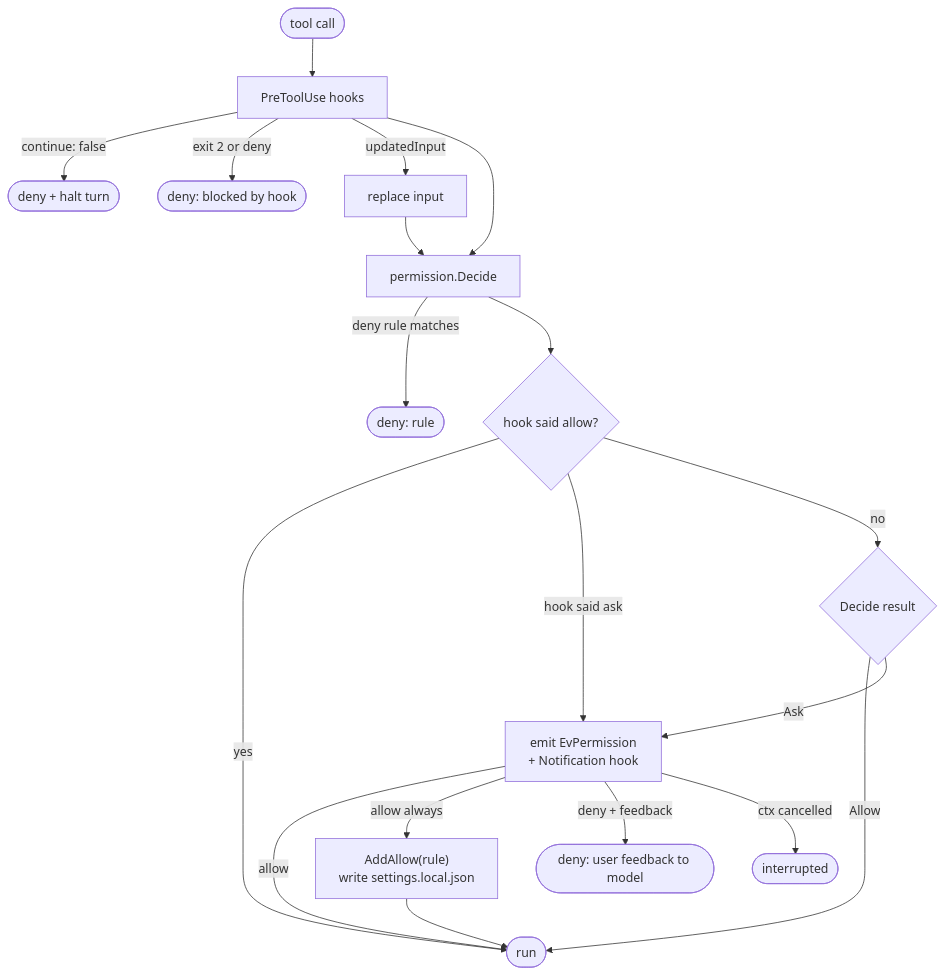
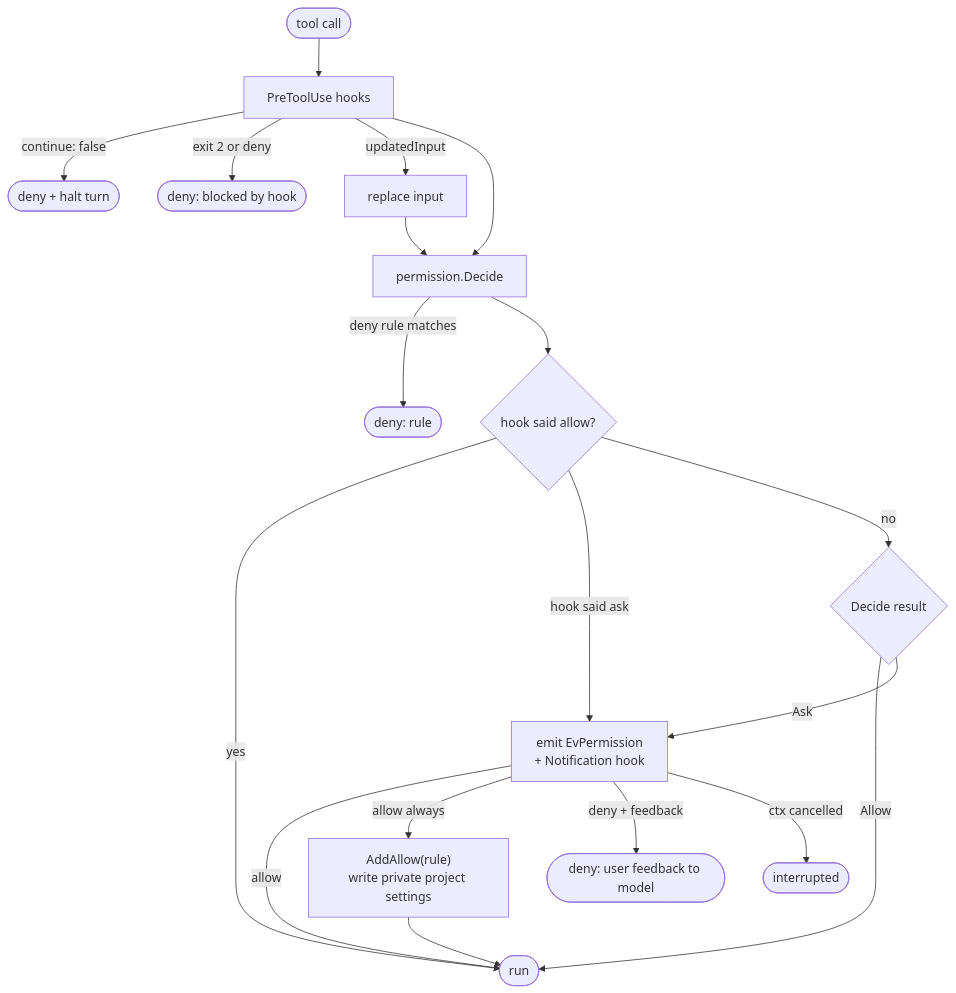
The third of 4 diagrams in docs/tools-and-permissions.md (vwibowo/larik), drawn with Mermaid before and after one commit. The commit also changed other lines of this file and 42 other files, not shown here.

````diff
--- a/docs/tools-and-permissions.md
+++ b/docs/tools-and-permissions.md
@@ -112,20 +112,20 @@
 ```mermaid
 flowchart TD
     start(["tool call"]) --> pre["PreToolUse hooks"]
     pre -->|"continue: false"| halt(["deny + halt turn"])
     pre -->|"exit 2 or deny"| hdeny(["deny: blocked by hook"])
     pre -->|"updatedInput"| rewrite["replace input"]
     pre --> decide
     rewrite --> decide["permission.Decide"]
     decide -->|"deny rule matches"| rdeny(["deny: rule"])
     decide --> hookallow{"hook said allow?"}
     hookallow -->|yes| run(["run"])
     hookallow -->|"hook said ask"| ask
     hookallow -->|no| d{"Decide result"}
     d -->|Allow| run
     d -->|Ask| ask["emit EvPermission<br/>+ Notification hook"]
     ask -->|"allow"| run
-    ask -->|"allow always"| persist["AddAllow(rule)<br/>write settings.local.json"] --> run
+    ask -->|"allow always"| persist["AddAllow(rule)<br/>write private project settings"] --> run
     ask -->|"deny + feedback"| udeny(["deny: user feedback to model"])
     ask -->|"ctx cancelled"| intr(["interrupted"])
 ```
````
